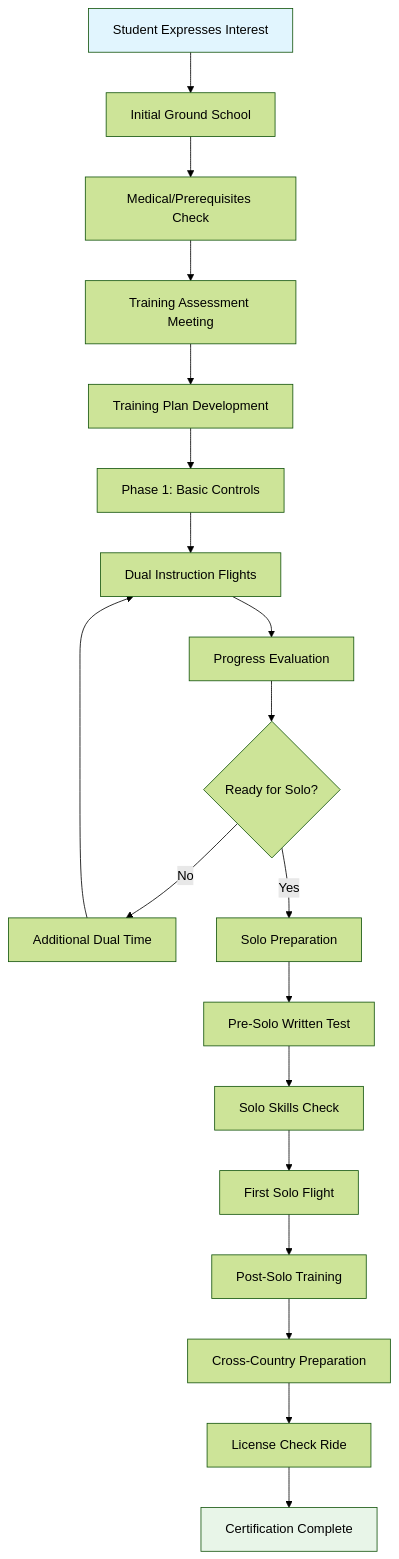
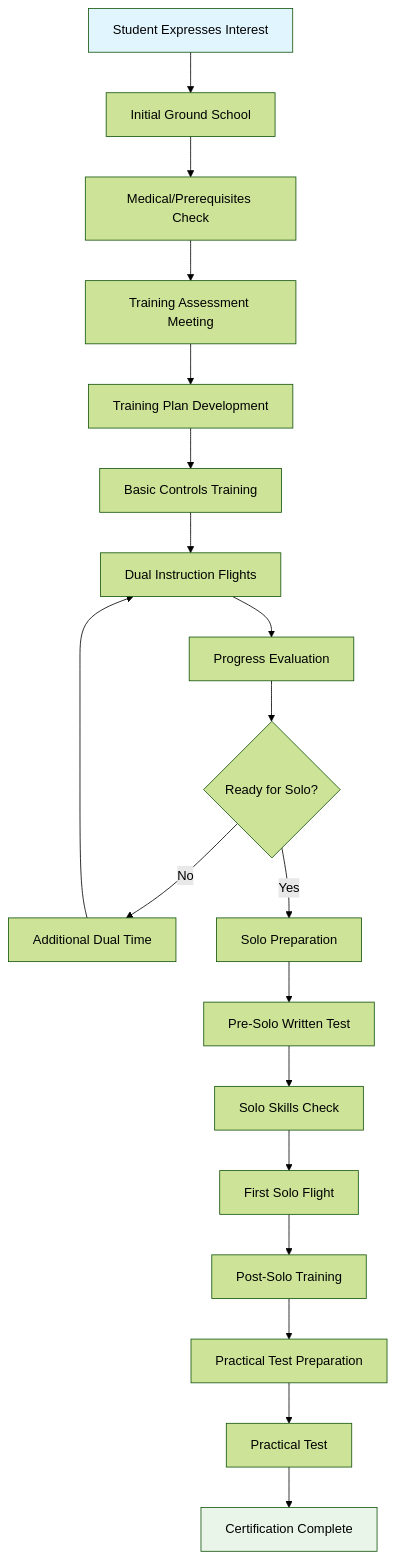
Before and after one commit to pietbarber/Manage2Soar: the sixth of 9 diagrams in docs/workflows/03-instruction-workflow.md, drawn with Mermaid (forest theme). The commit also changed other lines of this file and 11 other files, not shown here.

````diff
--- a/docs/workflows/03-instruction-workflow.md
+++ b/docs/workflows/03-instruction-workflow.md
@@ -283,28 +283,28 @@
 ```mermaid
 flowchart TD
     A[Student Expresses Interest] --> B[Initial Ground School]
     B --> C[Medical/Prerequisites Check]
     C --> D[Training Assessment Meeting]
     D --> E[Training Plan Development]
 
-    E --> F[Phase 1: Basic Controls]
+    E --> F[Basic Controls Training]
     F --> G[Dual Instruction Flights]
     G --> H[Progress Evaluation]
 
     H --> I{Ready for Solo?}
     I -->|No| J[Additional Dual Time]
     I -->|Yes| K[Solo Preparation]
 
     J --> G
     K --> L[Pre-Solo Written Test]
     L --> M[Solo Skills Check]
     M --> N[First Solo Flight]
 
     N --> O[Post-Solo Training]
-    O --> P[Cross-Country Preparation]
-    P --> Q[License Check Ride]
+    O --> P[Practical Test Preparation]
+    P --> Q[Practical Test]
     Q --> R[Certification Complete]
 
     style A fill:#e1f5fe
     style R fill:#e8f5e8
 ```
````
